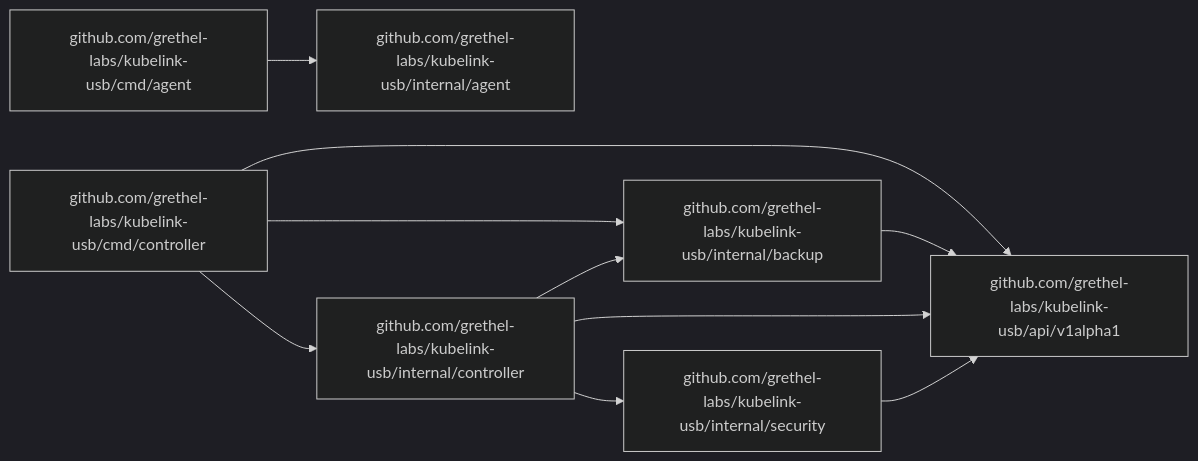
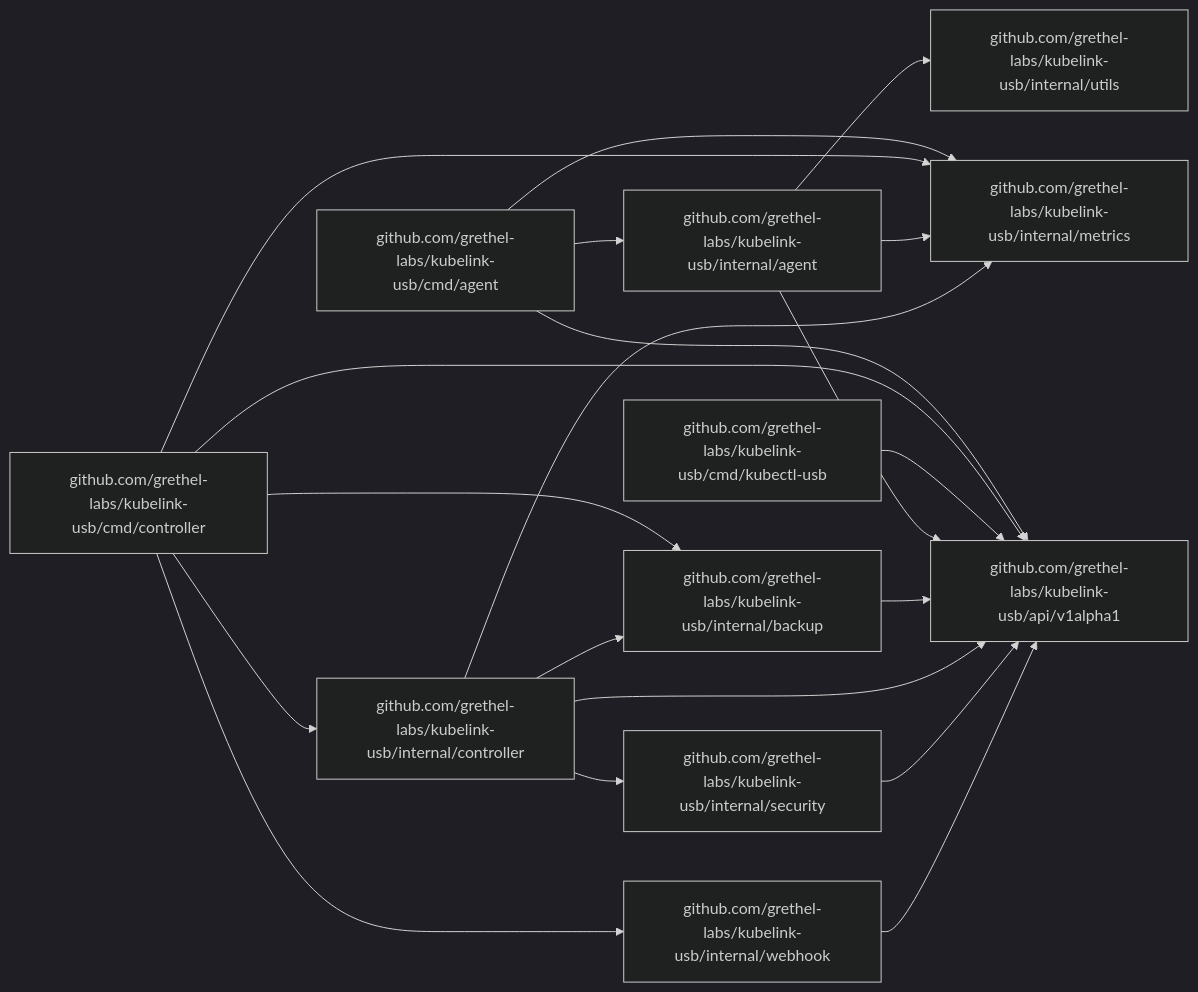
The first of 3 diagrams in docs/CODE_REFERENCE.md (grethel-labs/kubelink-usb), drawn with Mermaid (dark theme) before and after one commit. The commit also changed other lines of this file, not shown here.

Commit message:
docs: regenerate code reference for docs-check CI
Agent-Logs-Url: https://github.com/grethel-labs/kubelink-usb/sessions/3306b4fa-7bc1-4144-8435-236663af077f

````diff
--- a/docs/CODE_REFERENCE.md
+++ b/docs/CODE_REFERENCE.md
@@ -34,12 +37,22 @@
 ```mermaid
 flowchart LR
+    github_com_grethel_labs_kubelink_usb_cmd_agent["github.com/grethel-labs/kubelink-usb/cmd/agent"] --> github_com_grethel_labs_kubelink_usb_api_v1alpha1["github.com/grethel-labs/kubelink-usb/api/v1alpha1"]
     github_com_grethel_labs_kubelink_usb_cmd_agent["github.com/grethel-labs/kubelink-usb/cmd/agent"] --> github_com_grethel_labs_kubelink_usb_internal_agent["github.com/grethel-labs/kubelink-usb/internal/agent"]
+    github_com_grethel_labs_kubelink_usb_cmd_agent["github.com/grethel-labs/kubelink-usb/cmd/agent"] --> github_com_grethel_labs_kubelink_usb_internal_metrics["github.com/grethel-labs/kubelink-usb/internal/metrics"]
     github_com_grethel_labs_kubelink_usb_cmd_controller["github.com/grethel-labs/kubelink-usb/cmd/controller"] --> github_com_grethel_labs_kubelink_usb_api_v1alpha1["github.com/grethel-labs/kubelink-usb/api/v1alpha1"]
     github_com_grethel_labs_kubelink_usb_cmd_controller["github.com/grethel-labs/kubelink-usb/cmd/controller"] --> github_com_grethel_labs_kubelink_usb_internal_backup["github.com/grethel-labs/kubelink-usb/internal/backup"]
     github_com_grethel_labs_kubelink_usb_cmd_controller["github.com/grethel-labs/kubelink-usb/cmd/controller"] --> github_com_grethel_labs_kubelink_usb_internal_controller["github.com/grethel-labs/kubelink-usb/internal/controller"]
+    github_com_grethel_labs_kubelink_usb_cmd_controller["github.com/grethel-labs/kubelink-usb/cmd/controller"] --> github_com_grethel_labs_kubelink_usb_internal_metrics["github.com/grethel-labs/kubelink-usb/internal/metrics"]
+    github_com_grethel_labs_kubelink_usb_cmd_controller["github.com/grethel-labs/kubelink-usb/cmd/controller"] --> github_com_grethel_labs_kubelink_usb_internal_webhook["github.com/grethel-labs/kubelink-usb/internal/webhook"]
+    github_com_grethel_labs_kubelink_usb_cmd_kubectl_usb["github.com/grethel-labs/kubelink-usb/cmd/kubectl-usb"] --> github_com_grethel_labs_kubelink_usb_api_v1alpha1["github.com/grethel-labs/kubelink-usb/api/v1alpha1"]
+    github_com_grethel_labs_kubelink_usb_internal_agent["github.com/grethel-labs/kubelink-usb/internal/agent"] --> github_com_grethel_labs_kubelink_usb_api_v1alpha1["github.com/grethel-labs/kubelink-usb/api/v1alpha1"]
+    github_com_grethel_labs_kubelink_usb_internal_agent["github.com/grethel-labs/kubelink-usb/internal/agent"] --> github_com_grethel_labs_kubelink_usb_internal_metrics["github.com/grethel-labs/kubelink-usb/internal/metrics"]
+    github_com_grethel_labs_kubelink_usb_internal_agent["github.com/grethel-labs/kubelink-usb/internal/agent"] --> github_com_grethel_labs_kubelink_usb_internal_utils["github.com/grethel-labs/kubelink-usb/internal/utils"]
     github_com_grethel_labs_kubelink_usb_internal_backup["github.com/grethel-labs/kubelink-usb/internal/backup"] --> github_com_grethel_labs_kubelink_usb_api_v1alpha1["github.com/grethel-labs/kubelink-usb/api/v1alpha1"]
     github_com_grethel_labs_kubelink_usb_internal_controller["github.com/grethel-labs/kubelink-usb/internal/controller"] --> github_com_grethel_labs_kubelink_usb_api_v1alpha1["github.com/grethel-labs/kubelink-usb/api/v1alpha1"]
     github_com_grethel_labs_kubelink_usb_internal_controller["github.com/grethel-labs/kubelink-usb/internal/controller"] --> github_com_grethel_labs_kubelink_usb_internal_backup["github.com/grethel-labs/kubelink-usb/internal/backup"]
+    github_com_grethel_labs_kubelink_usb_internal_controller["github.com/grethel-labs/kubelink-usb/internal/controller"] --> github_com_grethel_labs_kubelink_usb_internal_metrics["github.com/grethel-labs/kubelink-usb/internal/metrics"]
     github_com_grethel_labs_kubelink_usb_internal_controller["github.com/grethel-labs/kubelink-usb/internal/controller"] --> github_com_grethel_labs_kubelink_usb_internal_security["github.com/grethel-labs/kubelink-usb/internal/security"]
     github_com_grethel_labs_kubelink_usb_internal_security["github.com/grethel-labs/kubelink-usb/internal/security"] --> github_com_grethel_labs_kubelink_usb_api_v1alpha1["github.com/grethel-labs/kubelink-usb/api/v1alpha1"]
+    github_com_grethel_labs_kubelink_usb_internal_webhook["github.com/grethel-labs/kubelink-usb/internal/webhook"] --> github_com_grethel_labs_kubelink_usb_api_v1alpha1["github.com/grethel-labs/kubelink-usb/api/v1alpha1"]
 ```
````
